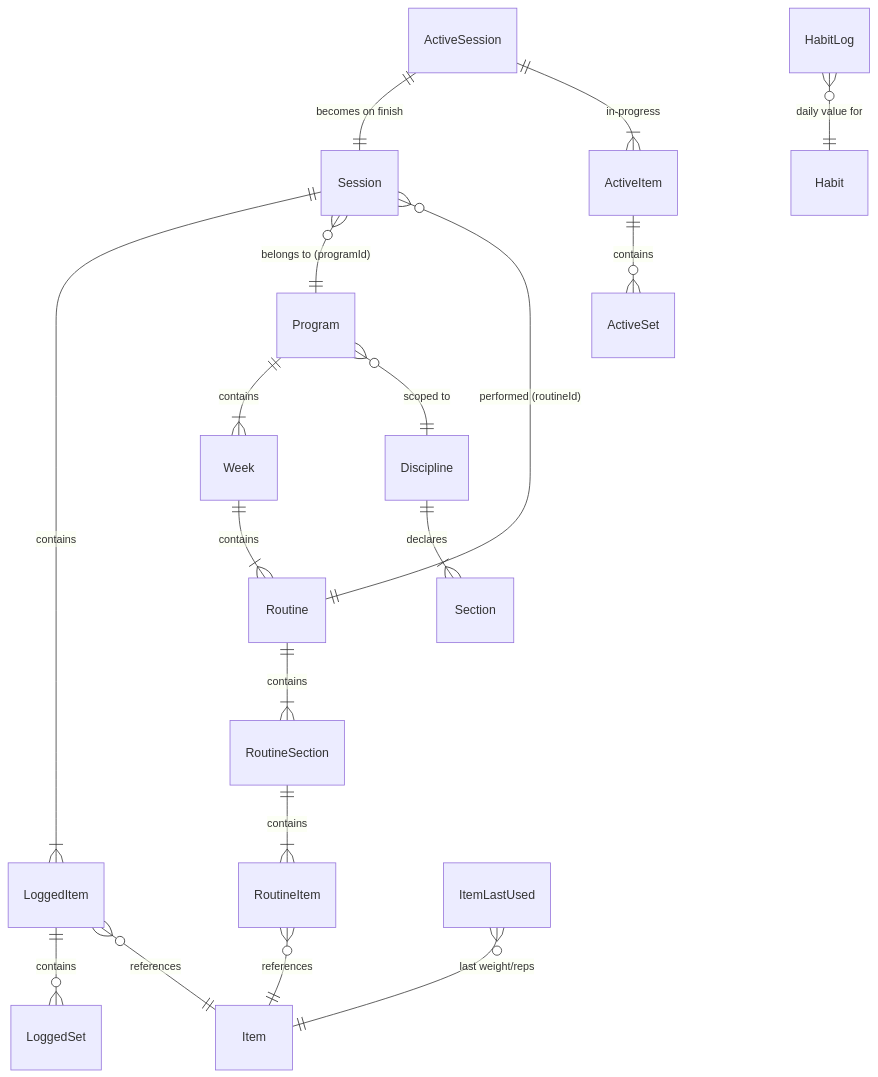
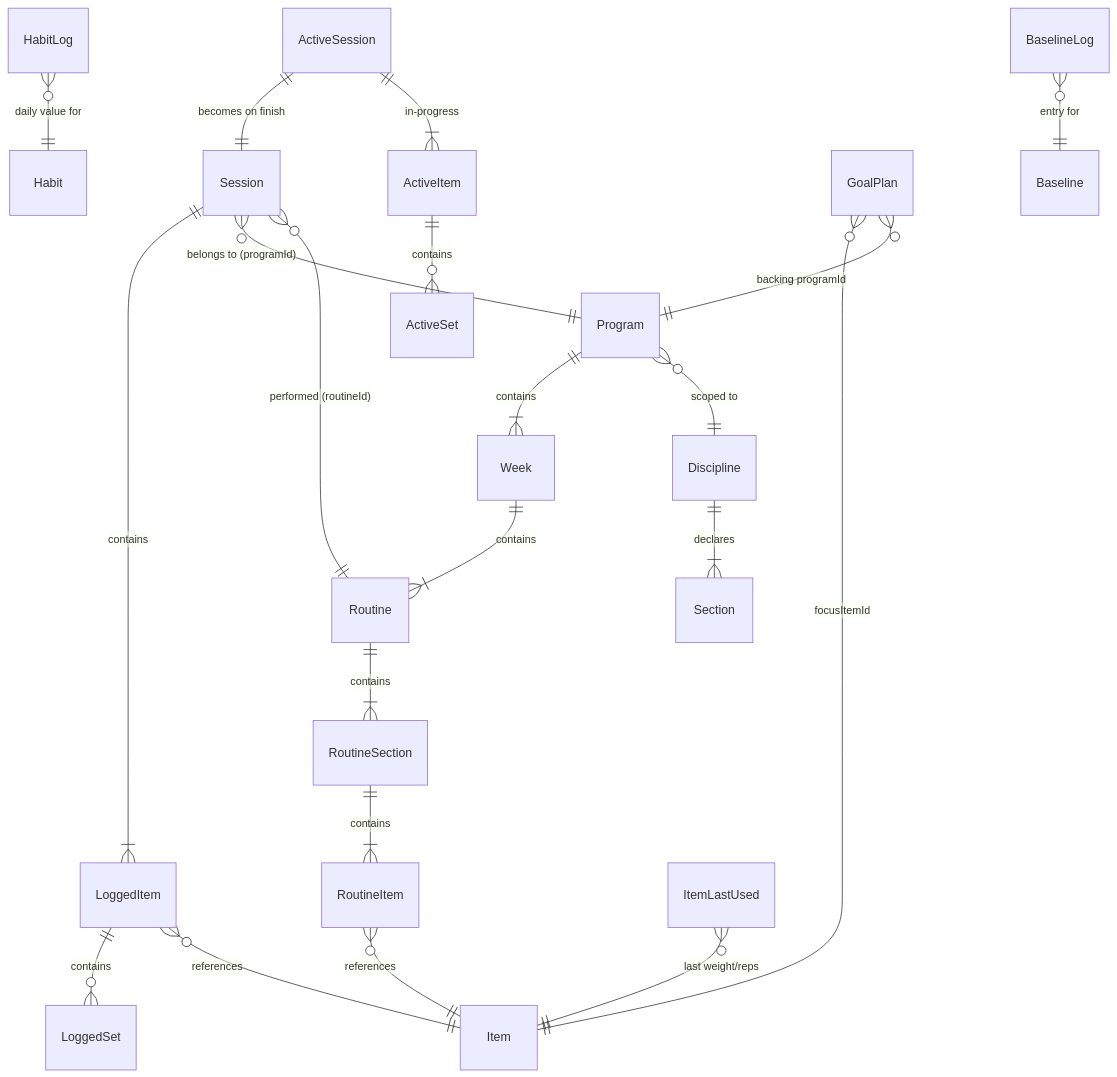
One commit to jermbo/CosmicWorkOut changed the diagram in docs/architecture/data-model.md. Above: the diagram before and after it, drawn with Mermaid. The commit also changed other lines of this file and 229 other files, not shown here.

````diff
--- a/docs/architecture/data-model.md
+++ b/docs/architecture/data-model.md
@@ -336,20 +447,23 @@
 ```mermaid
 erDiagram
     Discipline ||--|{ Section : declares
     Program }o--|| Discipline : "scoped to"
     Program ||--|{ Week : contains
     Week ||--|{ Routine : contains
     Routine ||--|{ RoutineSection : contains
     RoutineSection ||--|{ RoutineItem : contains
     RoutineItem }o--|| Item : references
     Session }o--|| Routine : "performed (routineId)"
     Session }o--|| Program : "belongs to (programId)"
     Session ||--|{ LoggedItem : contains
     LoggedItem }o--|| Item : references
     LoggedItem ||--o{ LoggedSet : contains
     ActiveSession ||--|{ ActiveItem : "in-progress"
     ActiveItem ||--o{ ActiveSet : contains
     ActiveSession ||--|| Session : "becomes on finish"
     ItemLastUsed }o--|| Item : "last weight/reps"
     HabitLog }o--|| Habit : "daily value for"
+    GoalPlan }o--|| Program : "backing programId"
+    GoalPlan }o--|| Item : "focusItemId"
+    BaselineLog }o--|| Baseline : "entry for"
 ```
````
